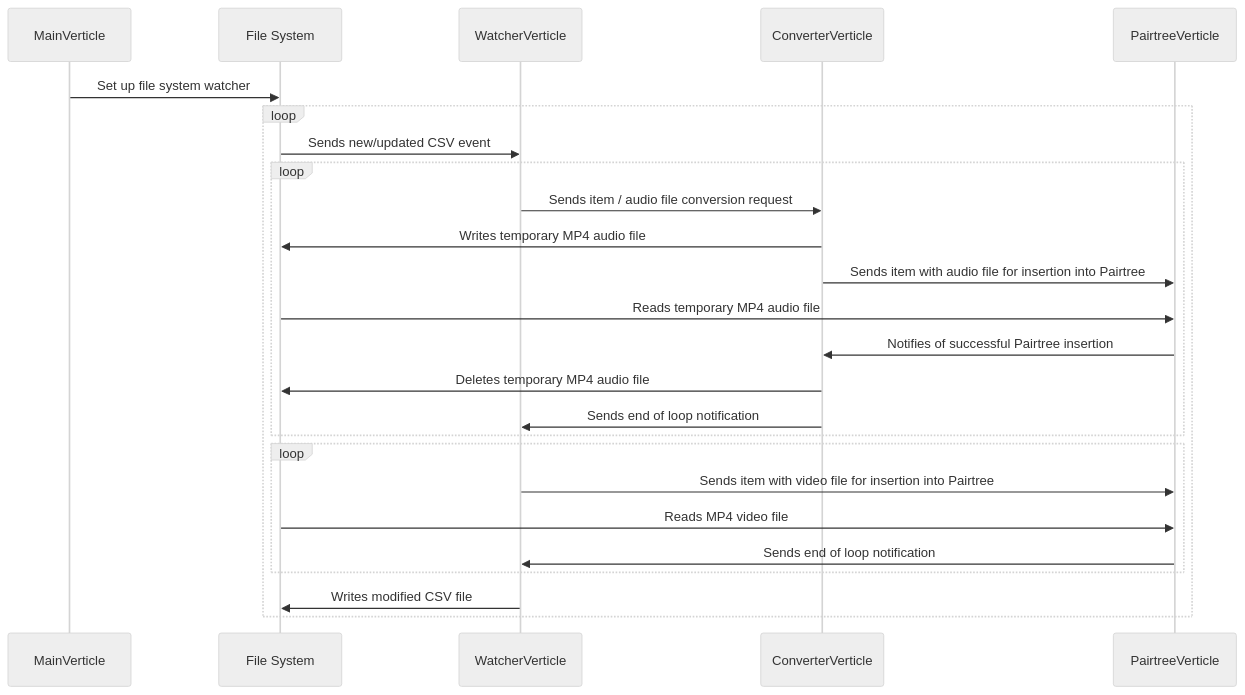
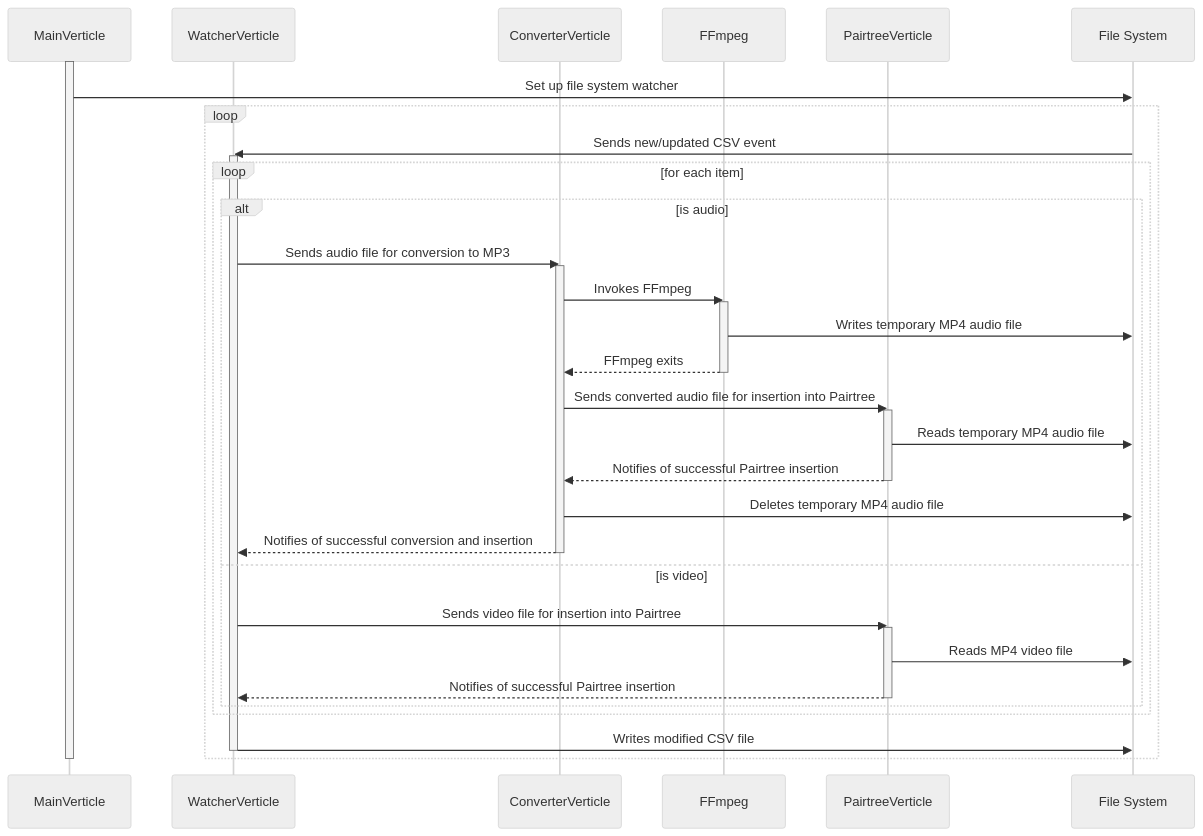
Before and after one commit to UCLALibrary/av-pairtree: the diagram in docs/images/architecture.mermaid, drawn with Mermaid (neutral theme).

Commit message:
Clean up and fix sequence diagram
* Add activations
* Explicitly declare participants so that the File System is ordered
  last; otherwise, arrows to it cross over the activation blocks
* Add FFmpeg as a participant
* Use dotted arrows for message replies and subprocess exits
* Put different item types (audio / video) in a conditional, rather than
  two sequential loops

```diff
--- a/docs/images/architecture.mermaid
+++ b/docs/images/architecture.mermaid
@@ -1,25 +1,54 @@
 sequenceDiagram
+
+    participant MainVerticle;
+    participant WatcherVerticle;
+    participant ConverterVerticle;
+    participant FFmpeg;
+    participant PairtreeVerticle;
+    participant File System;
+
+    activate MainVerticle
 
     MainVerticle->>File System: Set up file system watcher
 
     loop
         File System->>WatcherVerticle: Sends new/updated CSV event
+        activate WatcherVerticle
 
-        loop
-            WatcherVerticle->>ConverterVerticle: Sends item / audio file conversion request
-            ConverterVerticle->>File System: Writes temporary MP4 audio file
-            ConverterVerticle->>PairtreeVerticle: Sends item with audio file for insertion into Pairtree
-            File System->>PairtreeVerticle: Reads temporary MP4 audio file
-            PairtreeVerticle->>ConverterVerticle: Notifies of successful Pairtree insertion
-            ConverterVerticle->>File System: Deletes temporary MP4 audio file
-            ConverterVerticle->>WatcherVerticle: Sends end of loop notification
-        end
+        loop for each item
+            alt is audio
+                WatcherVerticle->>ConverterVerticle: Sends audio file for conversion to MP3
+                activate ConverterVerticle
 
-        loop
-            WatcherVerticle->>PairtreeVerticle: Sends item with video file for insertion into Pairtree
-            File System->>PairtreeVerticle: Reads MP4 video file
-            PairtreeVerticle->>WatcherVerticle: Sends end of loop notification
+                ConverterVerticle->>FFmpeg: Invokes FFmpeg
+                activate FFmpeg
+
+                FFmpeg->>File System: Writes temporary MP4 audio file
+                FFmpeg-->>ConverterVerticle: FFmpeg exits
+                deactivate FFmpeg
+
+                ConverterVerticle->>PairtreeVerticle: Sends converted audio file for insertion into Pairtree
+                activate PairtreeVerticle
+
+                PairtreeVerticle->>File System: Reads temporary MP4 audio file
+                PairtreeVerticle-->>ConverterVerticle: Notifies of successful Pairtree insertion
+                deactivate PairtreeVerticle
+
+                ConverterVerticle->>File System: Deletes temporary MP4 audio file
+                ConverterVerticle-->>WatcherVerticle: Notifies of successful conversion and insertion
+                deactivate ConverterVerticle
+            else is video
+                WatcherVerticle->>PairtreeVerticle: Sends video file for insertion into Pairtree
+                activate PairtreeVerticle
+
+                PairtreeVerticle->>File System: Reads MP4 video file
+                PairtreeVerticle-->>WatcherVerticle: Notifies of successful Pairtree insertion
+                deactivate PairtreeVerticle
+            end
         end
 
         WatcherVerticle->>File System: Writes modified CSV file
+        deactivate WatcherVerticle
     end
+
+    deactivate MainVerticle
```
